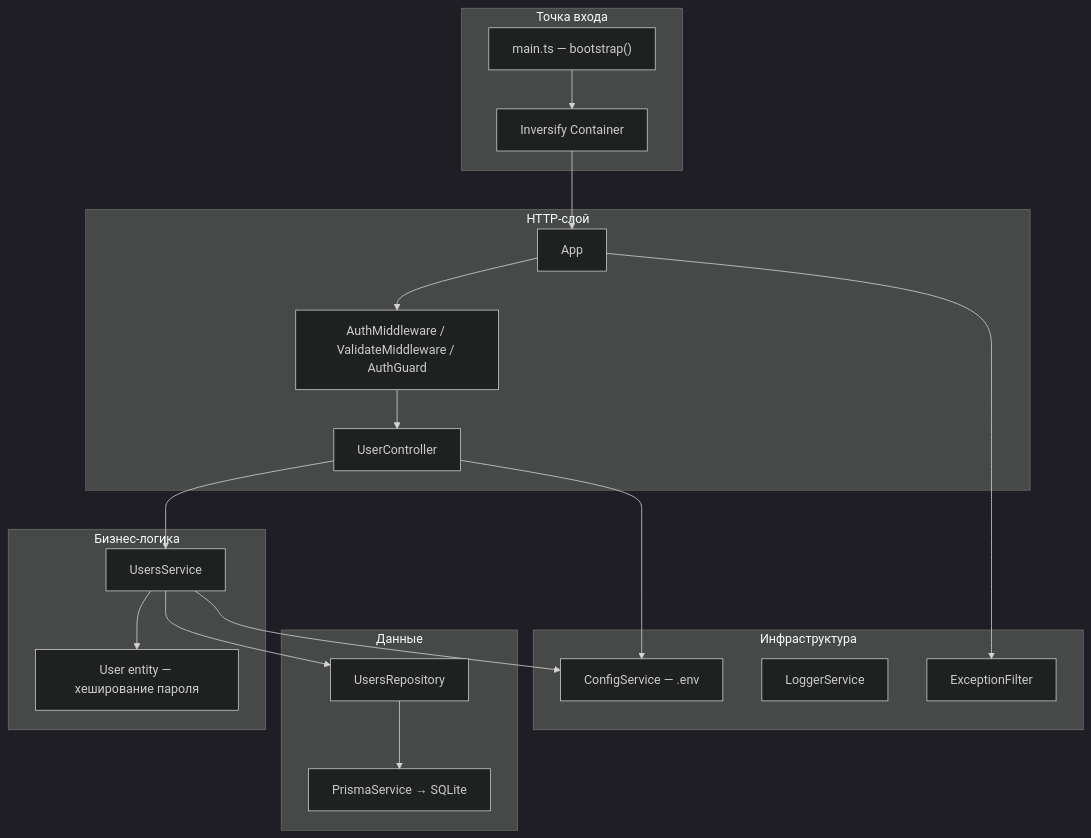
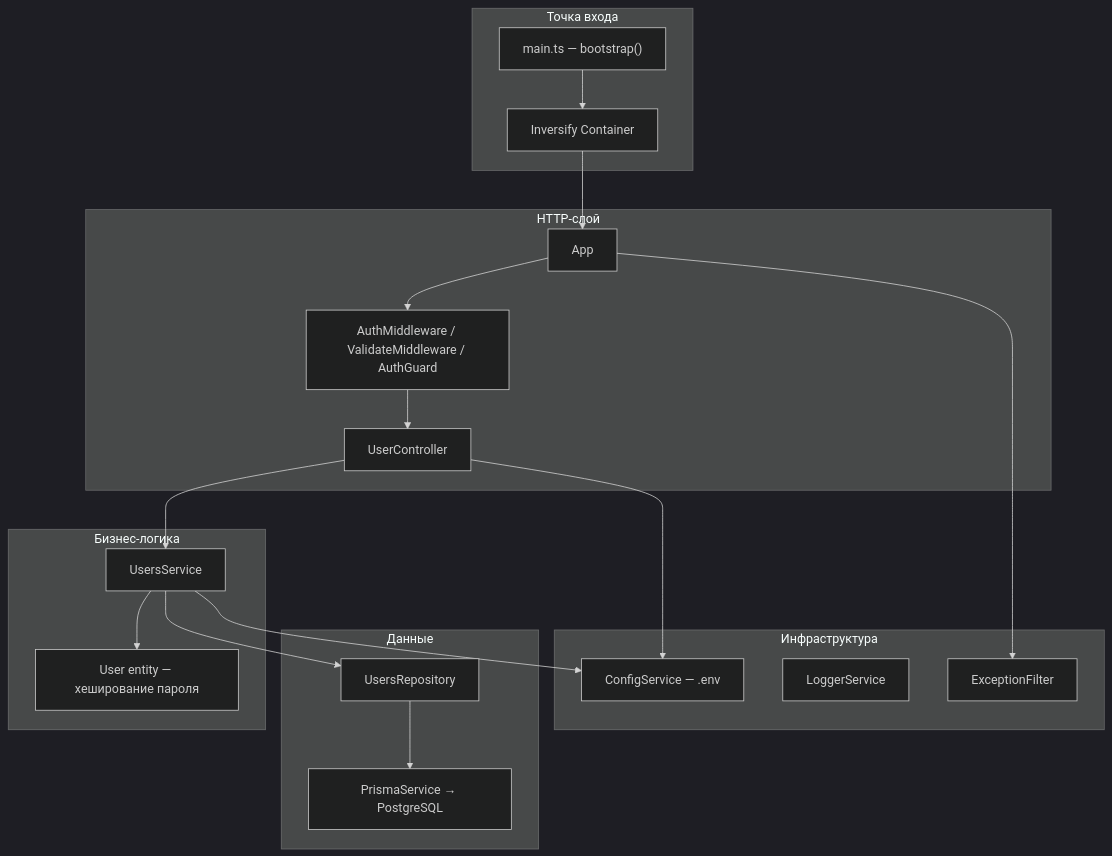
One commit to olegLobov2802/express-app changed the first of 2 diagrams in ARCHITECTURE.md. Above: the diagram before and after it, drawn with Mermaid (dark theme). The commit also changed other lines of this file and 8 other files, not shown here.

Commit message:
Migrate from SQLite to PostgreSQL with Docker Compose for local development.

````diff
--- a/ARCHITECTURE.md
+++ b/ARCHITECTURE.md
@@ -28,37 +29,37 @@
 ```mermaid
 flowchart TB
   subgraph entry [Точка входа]
     main["main.ts — bootstrap()"]
     container["Inversify Container"]
   end
 
   subgraph http [HTTP-слой]
     app["App"]
     controller["UserController"]
     middleware["AuthMiddleware / ValidateMiddleware / AuthGuard"]
   end
 
   subgraph business [Бизнес-логика]
     service["UsersService"]
     entity["User entity — хеширование пароля"]
   end
 
   subgraph data [Данные]
     repo["UsersRepository"]
-    prisma["PrismaService → SQLite"]
+    prisma["PrismaService → PostgreSQL"]
   end
 
   subgraph infra [Инфраструктура]
     config["ConfigService — .env"]
     logger["LoggerService"]
     filter["ExceptionFilter"]
   end
 
   main --> container --> app
   app --> middleware --> controller
   controller --> service --> entity
   service --> repo --> prisma
   app --> filter
   controller --> config
   service --> config
 ```
````
